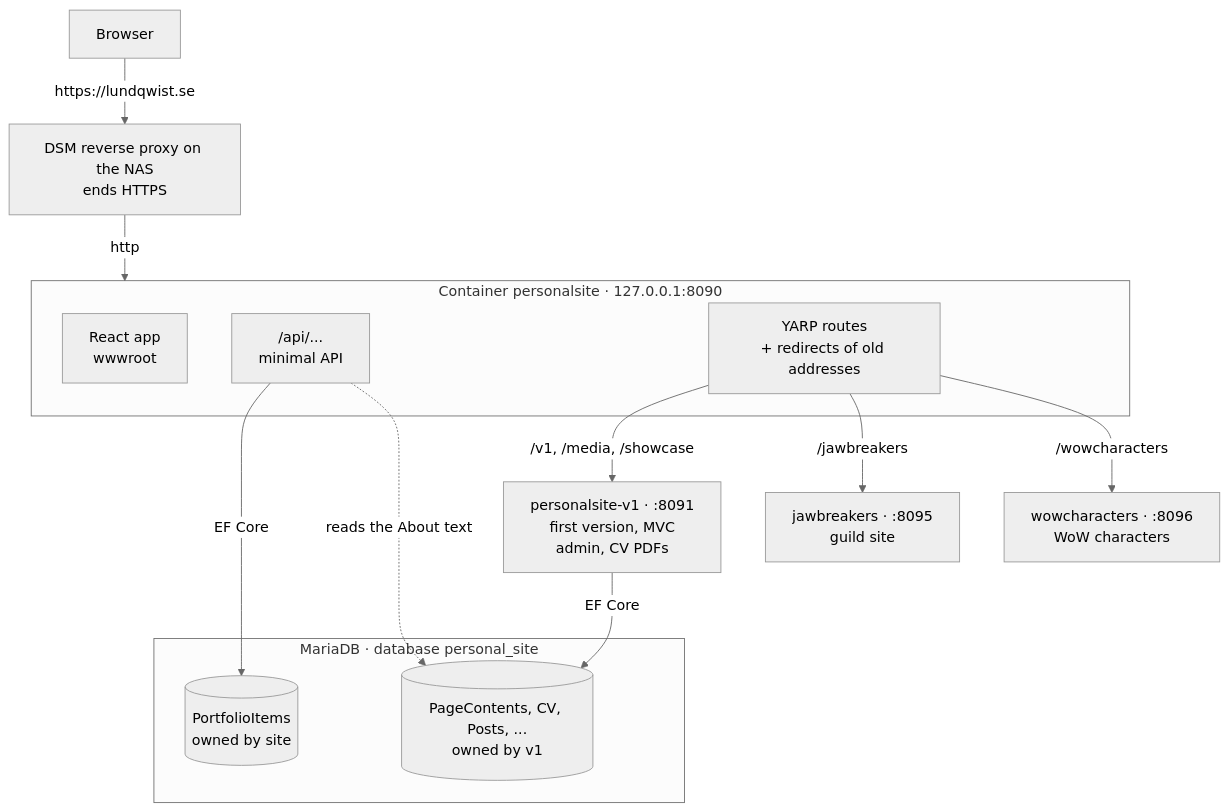
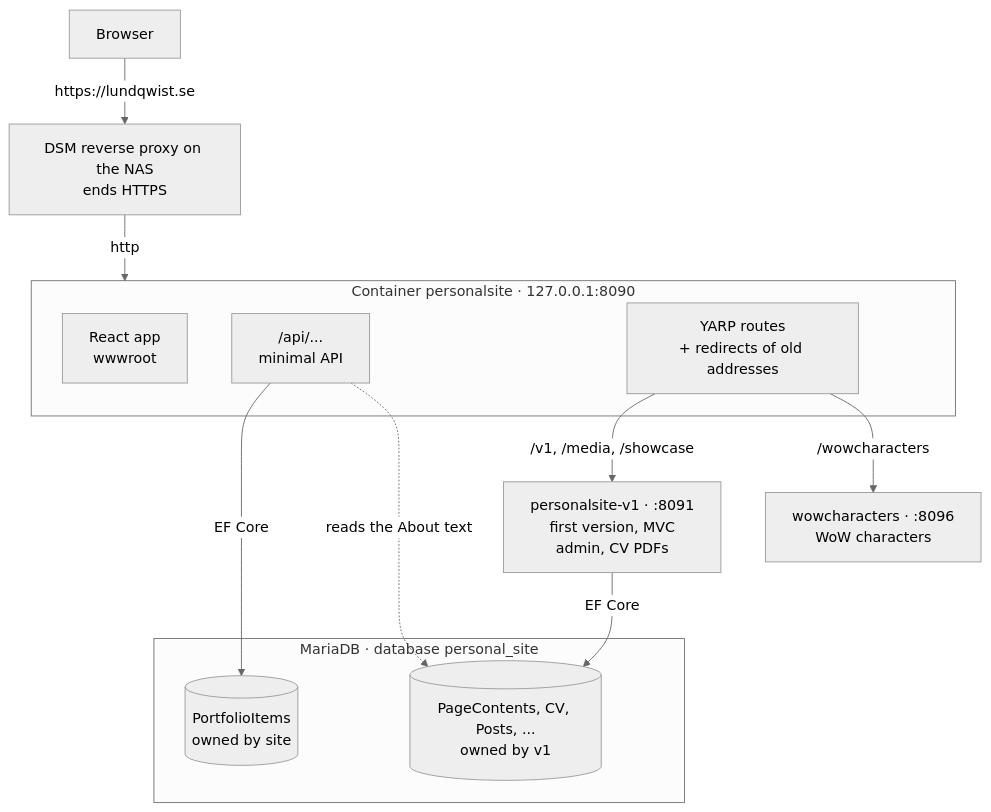
Before and after one commit to Lundqwist/Website2.0: the first of 2 diagrams in README.md, drawn with Mermaid (neutral theme). The commit also changed other lines of this file and 6 other files, not shown here.

Commit message:
Remove the retired Jawbreakers guild site: YARP route, config, seed item, image; migration deletes its portfolio row

````diff
--- a/README.md
+++ b/README.md
@@ -14,28 +14,26 @@
 ```mermaid
 flowchart TB
     visitor["Browser"]
     proxy["DSM reverse proxy on the NAS<br/>ends HTTPS"]
 
     subgraph front["Container personalsite · 127.0.0.1:8090"]
         static["React app<br/>wwwroot"]
         api["/api/...<br/>minimal API"]
         yarp["YARP routes<br/>+ redirects of old addresses"]
     end
 
     v1["personalsite-v1 · :8091<br/>first version, MVC<br/>admin, CV PDFs"]
-    jaw["jawbreakers · :8095<br/>guild site"]
     wow["wowcharacters · :8096<br/>WoW characters"]
 
     subgraph maria["MariaDB · database personal_site"]
         own[("PortfolioItems<br/>owned by site")]
         shared[("PageContents, CV, Posts, ...<br/>owned by v1")]
     end
 
     visitor -- "https://lundqwist.se" --> proxy -- "http" --> front
     yarp -- "/v1, /media, /showcase" --> v1
-    yarp -- "/jawbreakers" --> jaw
     yarp -- "/wowcharacters" --> wow
     api -- "EF Core" --> own
     api -. "reads the About text" .-> shared
     v1 -- "EF Core" --> shared
 ```
````
